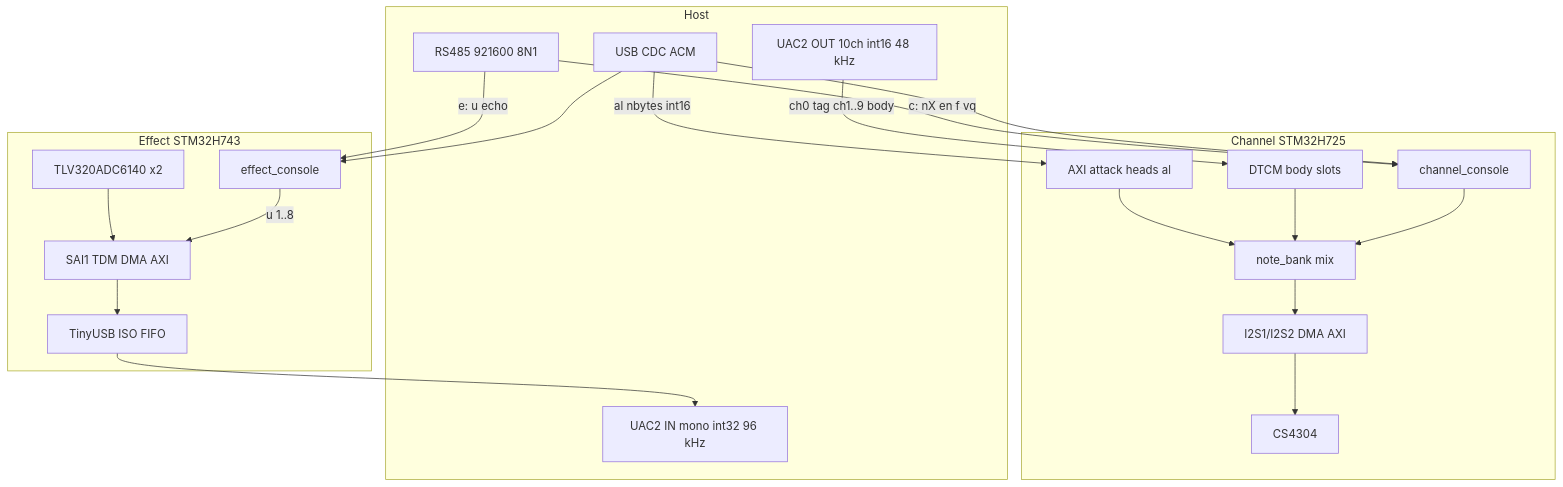
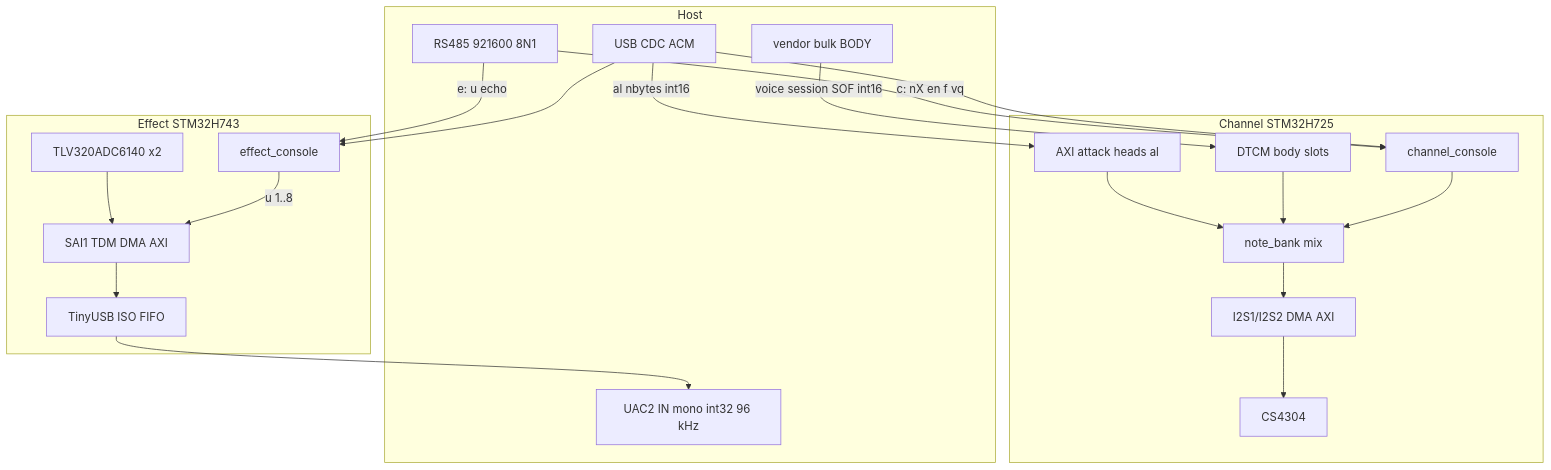
One commit to narendrabhatt-freshwater/firmware changed the first of 5 diagrams in channel_card/docs/diagrams/card_data_flow.md. Above: the diagram before and after it, drawn with Mermaid. The commit also changed other lines of this file and 47 other files, not shown here.

First line of the commit message:
Update Channel Card documentation and audio processing to support vendor bulk BODY

````diff
--- a/channel_card/docs/diagrams/card_data_flow.md
+++ b/channel_card/docs/diagrams/card_data_flow.md
@@ -17,38 +17,38 @@
 ```mermaid
 flowchart TB
   subgraph host [Host]
     RS485[RS485 921600 8N1]
     CDC[USB CDC ACM]
-    UacOut[UAC2 OUT 10ch int16 48 kHz]
+    BodyOut[vendor bulk BODY]
     UacIn[UAC2 IN mono int32 96 kHz]
   end
 
   subgraph ch [Channel STM32H725]
     ChCon[channel_console]
     ChAtk[AXI attack heads al]
     ChRing[DTCM body slots]
     ChMix[note_bank mix]
     ChI2S[I2S1/I2S2 DMA AXI]
     ChDac[CS4304]
   end
 
   subgraph fx [Effect STM32H743]
     FxCon[effect_console]
     FxSai[SAI1 TDM DMA AXI]
     FxAdc[TLV320ADC6140 x2]
     FxFifo[TinyUSB ISO FIFO]
   end
 
   RS485 -->|"c: nX en f vq"| ChCon
   RS485 -->|"e: u echo"| FxCon
   CDC -->|"al nbytes int16"| ChAtk
   CDC --> ChCon
   CDC --> FxCon
-  UacOut -->|"ch0 tag ch1..9 body"| ChRing
+  BodyOut -->|"voice session SOF int16"| ChRing
   ChAtk --> ChMix
   ChRing --> ChMix
   ChCon --> ChMix
   ChMix --> ChI2S --> ChDac
   FxAdc --> FxSai --> FxFifo --> UacIn
   FxCon -->|"u 1..8"| FxSai
 ```
````
